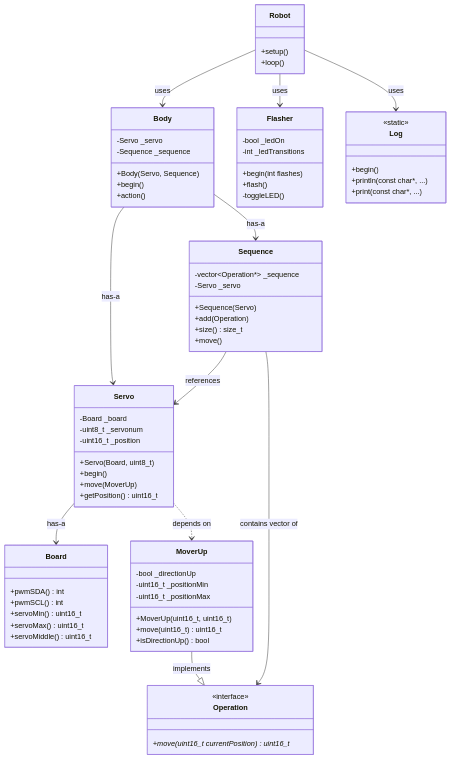
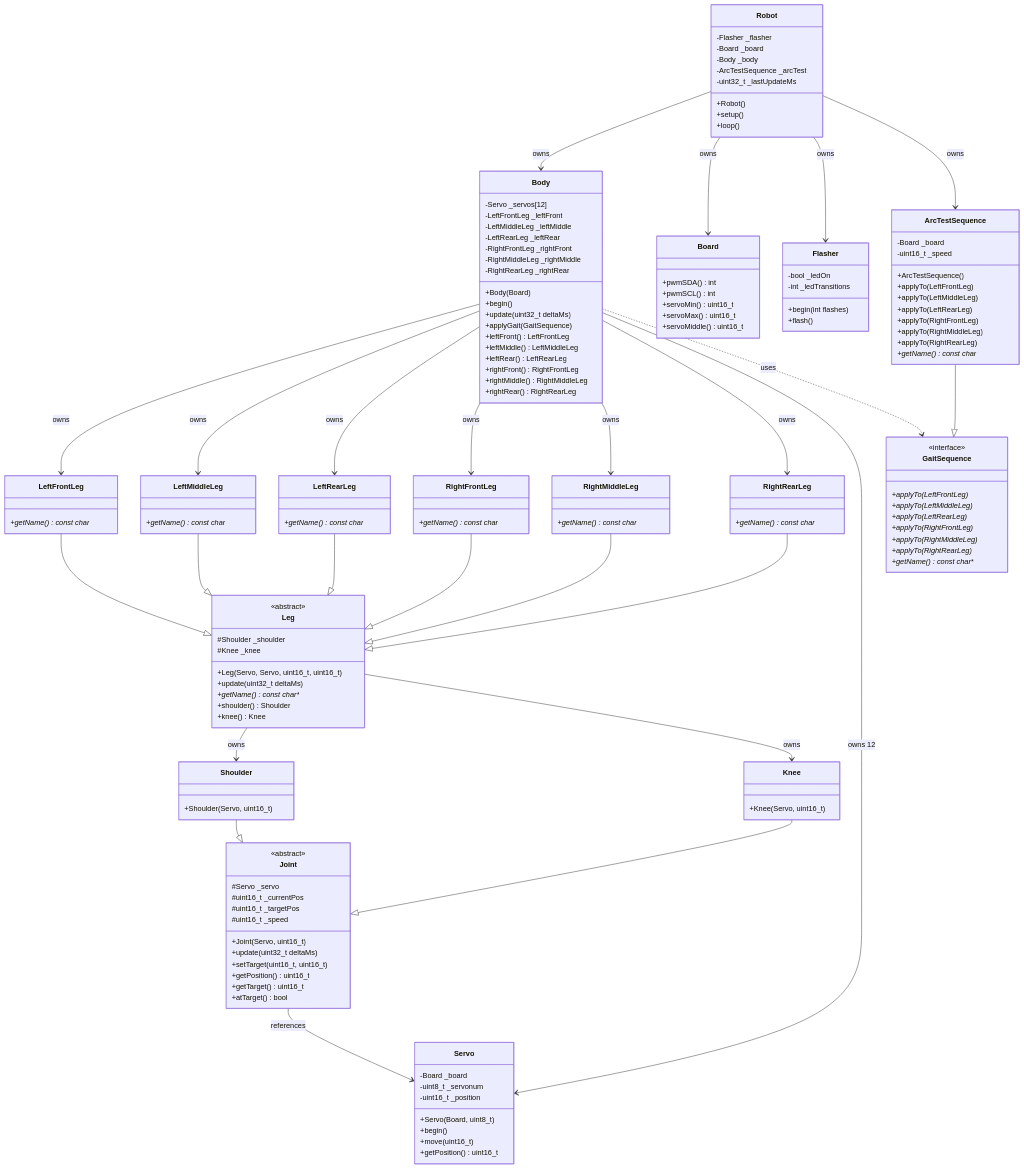
Before and after one commit to esumerfd/robot-spider: the diagram in ai/docs/project-analysis.md, drawn with Mermaid. The commit also changed other lines of this file and 41 other files, not shown here.

First line of the commit message:
Implement joint-centric architecture with 6 named legs and fix hardware issues

````diff
--- a/ai/docs/project-analysis.md
+++ b/ai/docs/project-analysis.md
@@ -50,16 +79,91 @@
 ```mermaid
 classDiagram
     class Robot {
+        -Flasher _flasher
+        -Board _board
+        -Body _body
+        -ArcTestSequence _arcTest
+        -uint32_t _lastUpdateMs
+        +Robot()
         +setup()
         +loop()
     }
 
     class Body {
-        -Servo _servo
-        -Sequence _sequence
-        +Body(Servo, Sequence)
+        -Servo _servos[12]
+        -LeftFrontLeg _leftFront
+        -LeftMiddleLeg _leftMiddle
+        -LeftRearLeg _leftRear
+        -RightFrontLeg _rightFront
+        -RightMiddleLeg _rightMiddle
+        -RightRearLeg _rightRear
+        +Body(Board)
         +begin()
-        +action()
+        +update(uint32_t deltaMs)
+        +applyGait(GaitSequence)
+        +leftFront() LeftFrontLeg
+        +leftMiddle() LeftMiddleLeg
+        +leftRear() LeftRearLeg
+        +rightFront() RightFrontLeg
+        +rightMiddle() RightMiddleLeg
+        +rightRear() RightRearLeg
+    }
+
+    class Leg {
+        <<abstract>>
+        #Shoulder _shoulder
+        #Knee _knee
+        +Leg(Servo, Servo, uint16_t, uint16_t)
+        +update(uint32_t deltaMs)
+        +getName() const char**
+        +shoulder() Shoulder
+        +knee() Knee
+    }
+
+    class LeftFrontLeg {
+        +getName() const char*
+    }
+
+    class LeftMiddleLeg {
+        +getName() const char*
+    }
+
+    class LeftRearLeg {
+        +getName() const char*
+    }
+
+    class RightFrontLeg {
+        +getName() const char*
+    }
+
+    class RightMiddleLeg {
+        +getName() const char*
+    }
+
+    class RightRearLeg {
+        +getName() const char*
+    }
+
+    class Joint {
+        <<abstract>>
+        #Servo _servo
+        #uint16_t _currentPos
+        #uint16_t _targetPos
+        #uint16_t _speed
+        +Joint(Servo, uint16_t)
+        +update(uint32_t deltaMs)
+        +setTarget(uint16_t, uint16_t)
+        +getPosition() uint16_t
+        +getTarget() uint16_t
+        +atTarget() bool
+    }
+
+    class Shoulder {
+        +Shoulder(Servo, uint16_t)
+    }
+
+    class Knee {
+        +Knee(Servo, uint16_t)
     }
 
     class Servo {
@@ -68,7 +172,7 @@
         -uint16_t _position
         +Servo(Board, uint8_t)
         +begin()
-        +move(MoverUp)
+        +move(uint16_t)
         +getPosition() uint16_t
     }
 
@@ -80,27 +184,28 @@
         +servoMiddle() uint16_t
     }
 
-    class Sequence {
-        -vector~Operation*~ _sequence
-        -Servo _servo
-        +Sequence(Servo)
-        +add(Operation)
-        +size() size_t
-        +move()
+    class GaitSequence {
+        <<interface>>
+        +applyTo(LeftFrontLeg)*
+        +applyTo(LeftMiddleLeg)*
+        +applyTo(LeftRearLeg)*
+        +applyTo(RightFrontLeg)*
+        +applyTo(RightMiddleLeg)*
+        +applyTo(RightRearLeg)*
+        +getName() const char**
     }
 
-    class Operation {
-        <<interface>>
-        +move(uint16_t currentPosition) uint16_t*
-    }
-
-    class MoverUp {
-        -bool _directionUp
-        -uint16_t _positionMin
-        -uint16_t _positionMax
-        +MoverUp(uint16_t, uint16_t)
-        +move(uint16_t) uint16_t
-        +isDirectionUp() bool
+    class ArcTestSequence {
+        -Board _board
+        -uint16_t _speed
+        +ArcTestSequence()
+        +applyTo(LeftFrontLeg)
+        +applyTo(LeftMiddleLeg)
+        +applyTo(LeftRearLeg)
+        +applyTo(RightFrontLeg)
+        +applyTo(RightMiddleLeg)
+        +applyTo(RightRearLeg)
+        +getName() const char*
     }
 
     class Flasher {
@@ -108,24 +213,37 @@
         -int _ledTransitions
         +begin(int flashes)
         +flash()
-        -toggleLED()
     }
 
-    class Log {
-        <<static>>
-        +begin()
-        +println(const char*, ...)
-        +print(const char*, ...)
-    }
+    Robot --> Body : owns
+    Robot --> Board : owns
+    Robot --> Flasher : owns
+    Robot --> ArcTestSequence : owns
 
-    Robot --> Body : uses
-    Robot --> Flasher : uses
-    Robot --> Log : uses
-    Body --> Servo : has-a
-    Body --> Sequence : has-a
-    Servo --> Board : has-a
-    Sequence --> Servo : references
-    Sequence --> Operation : contains vector of
-    MoverUp --|> Operation : implements
-    Servo ..> MoverUp : depends on
+    Body --> LeftFrontLeg : owns
+    Body --> LeftMiddleLeg : owns
+    Body --> LeftRearLeg : owns
+    Body --> RightFrontLeg : owns
+    Body --> RightMiddleLeg : owns
+    Body --> RightRearLeg : owns
+    Body --> Servo : owns 12
+
+    LeftFrontLeg --|> Leg
+    LeftMiddleLeg --|> Leg
+    LeftRearLeg --|> Leg
+    RightFrontLeg --|> Leg
+    RightMiddleLeg --|> Leg
+    RightRearLeg --|> Leg
+
+    Leg --> Shoulder : owns
+    Leg --> Knee : owns
+
+    Shoulder --|> Joint
+    Knee --|> Joint
+
+    Joint --> Servo : references
+
+    ArcTestSequence --|> GaitSequence
+
+    Body ..> GaitSequence : uses
 ```
````
